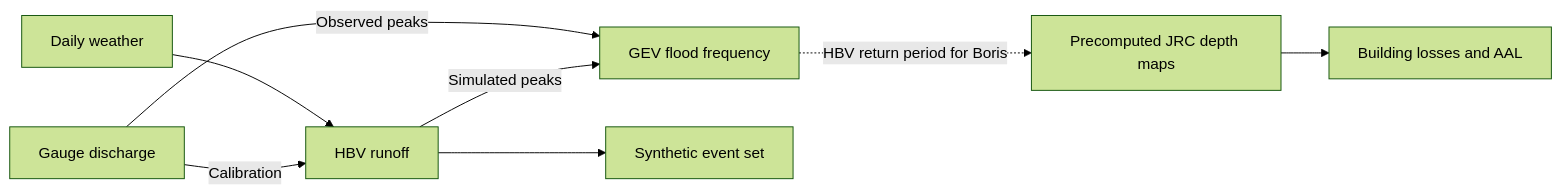
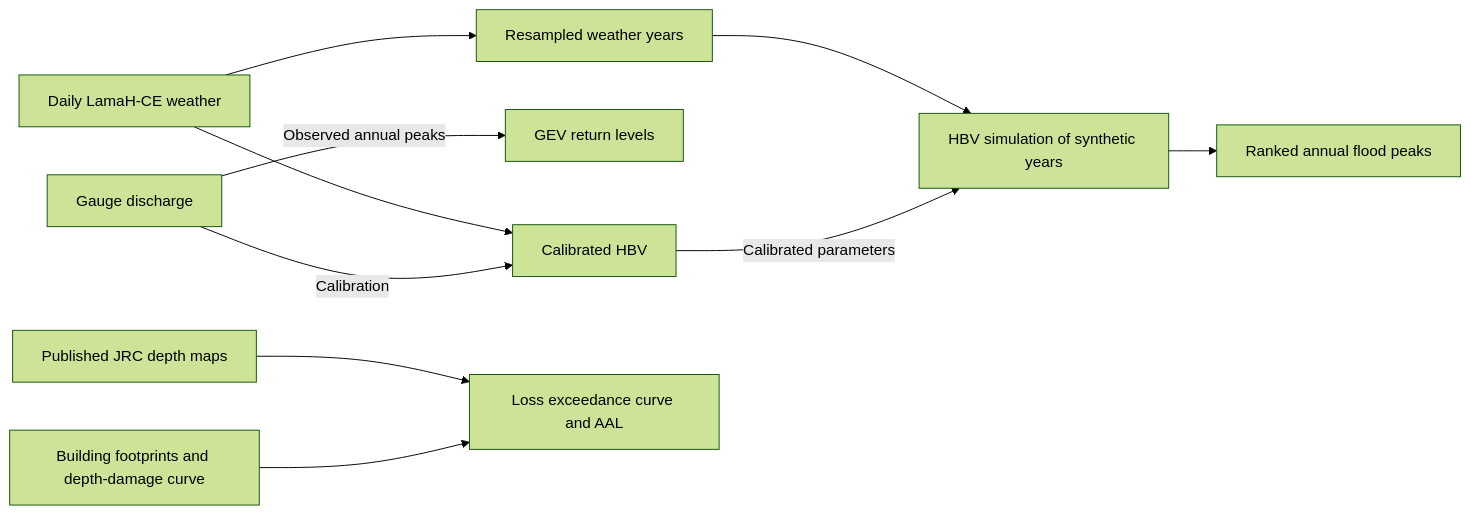
One commit to rserdarkara-hash/rain2loss changed the diagram in README.md. Above: the diagram before and after it, drawn with Mermaid (forest theme). The commit also changed other lines of this file and 1 other file, not shown here.

````diff
--- a/README.md
+++ b/README.md
@@ -7,10 +13,12 @@
 ```mermaid
 flowchart LR
-    W[Daily weather] --> H[HBV runoff]
+    W[Daily LamaH-CE weather] --> H[Calibrated HBV]
     O[Gauge discharge] -->|Calibration| H
-    O -->|Observed peaks| F[GEV flood frequency]
-    H -->|Simulated peaks| F
-    H --> E[Synthetic event set]
-    F -. HBV return period for Boris .-> J[Precomputed JRC depth maps]
-    J --> L[Building losses and AAL]
+    O -->|Observed annual peaks| F[GEV return levels]
+    W --> R[Resampled weather years]
+    R --> S[HBV simulation of synthetic years]
+    H -->|Calibrated parameters| S
+    S --> E[Ranked annual flood peaks]
+    J[Published JRC depth maps] --> L[Loss exceedance curve and AAL]
+    B[Building footprints and depth-damage curve] --> L
 ```
````
